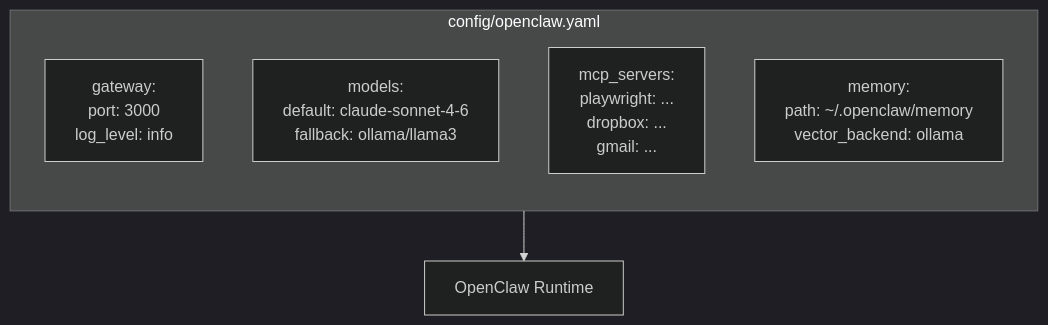
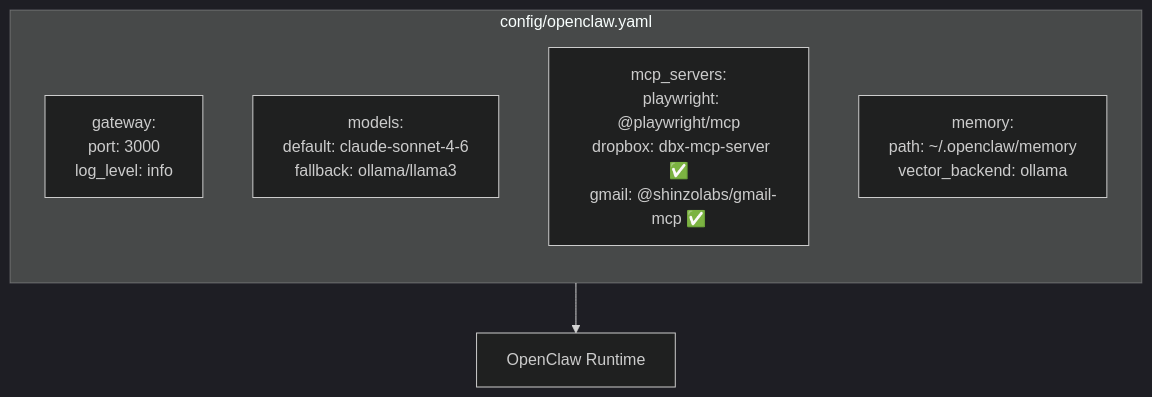
The sixth of 7 diagrams in ARCHITECTURE_OPENCLAW.md (mayukhg/mg-ai-job-scanner), drawn with Mermaid (dark theme) before and after one commit. The commit also changed other lines of this file and 1 other file, not shown here.

First line of the commit message:
Update OpenClaw design with audited MCP package recommendations

````diff
--- a/ARCHITECTURE_OPENCLAW.md
+++ b/ARCHITECTURE_OPENCLAW.md
@@ -196,12 +196,12 @@
 ```mermaid
 flowchart TD
     subgraph CONFIG["config/openclaw.yaml"]
         direction TB
         GW2["gateway:\n  port: 3000\n  log_level: info"]
         LLM2["models:\n  default: claude-sonnet-4-6\n  fallback: ollama/llama3"]
-        MCP2["mcp_servers:\n  playwright: ...\n  dropbox: ...\n  gmail: ..."]
+        MCP2["mcp_servers:\n  playwright: @playwright/mcp\n  dropbox: dbx-mcp-server ✅\n  gmail: @shinzolabs/gmail-mcp ✅"]
         MEM2["memory:\n  path: ~/.openclaw/memory\n  vector_backend: ollama"]
     end
 
     CONFIG --> RUNTIME["OpenClaw Runtime"]
 ```
````
